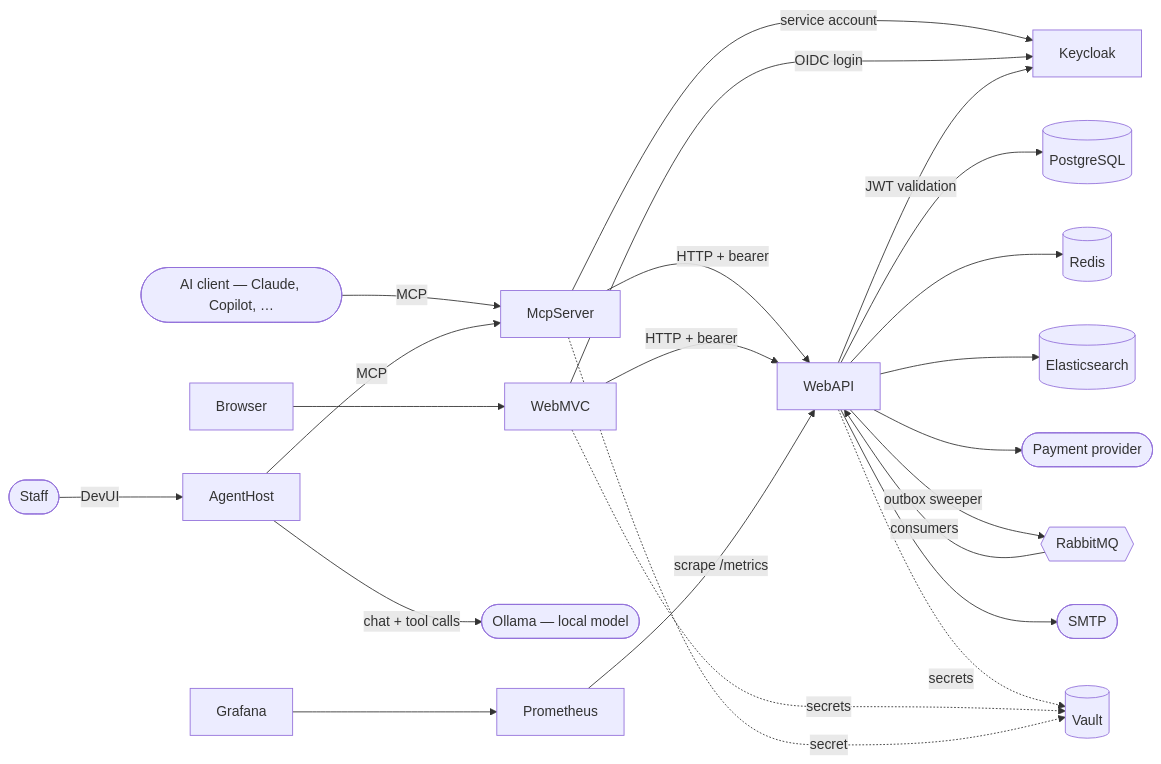
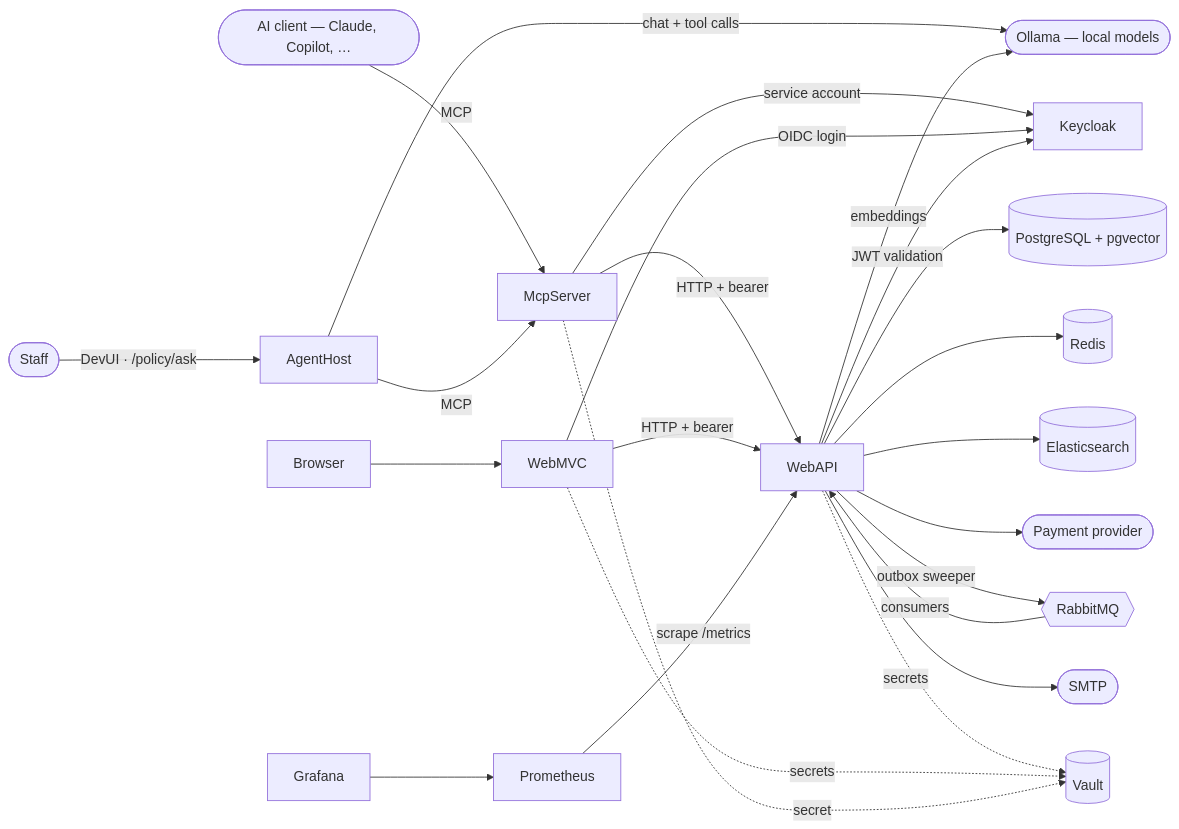
Before and after one commit to furkanpasaoglu/StadiaPass: the first of 2 diagrams in README.md, drawn with Mermaid. The commit also changed other lines of this file and 1 other file, not shown here.

First line of the commit message:
docs: cover the policy assistant, its evals and document upload in both readmes

````diff
--- a/README.md
+++ b/README.md
@@ -116,25 +119,26 @@
 ```mermaid
 flowchart LR
   Browser --> WebMVC
   AI([AI client — Claude, Copilot, …]) -->|MCP| McpServer
-  Staff([Staff]) -->|DevUI| AgentHost
+  Staff([Staff]) -->|DevUI · /policy/ask| AgentHost
   AgentHost -->|MCP| McpServer
-  AgentHost -->|chat + tool calls| Ollama([Ollama — local model])
+  AgentHost -->|chat + tool calls| Ollama([Ollama — local models])
+  WebAPI -->|embeddings| Ollama
   McpServer -->|HTTP + bearer| WebAPI
   McpServer -->|service account| Keycloak
   WebMVC -->|HTTP + bearer| WebAPI
   WebMVC -->|OIDC login| Keycloak
   WebAPI -->|JWT validation| Keycloak
-  WebAPI --> Postgres[(PostgreSQL)]
+  WebAPI --> Postgres[(PostgreSQL + pgvector)]
   WebAPI --> Redis[(Redis)]
   WebAPI --> Elastic[(Elasticsearch)]
   WebAPI --> Stripe([Payment provider])
   WebAPI -->|outbox sweeper| Rabbit{{RabbitMQ}}
   Rabbit -->|consumers| WebAPI
   WebAPI --> SMTP([SMTP])
   WebAPI -.secrets.-> Vault[(Vault)]
   WebMVC -.secrets.-> Vault
   McpServer -.secret.-> Vault
   Prometheus -->|scrape /metrics| WebAPI
   Grafana --> Prometheus
 ```
````
